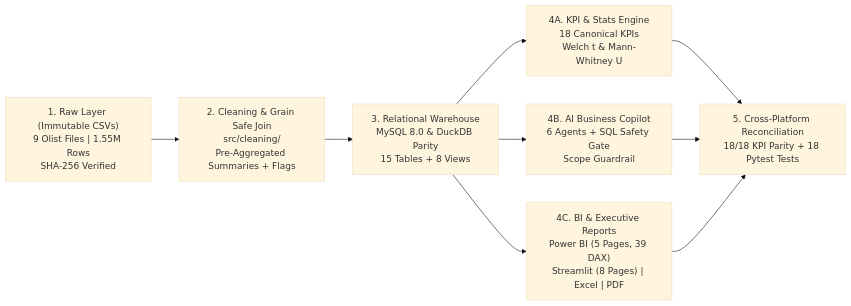
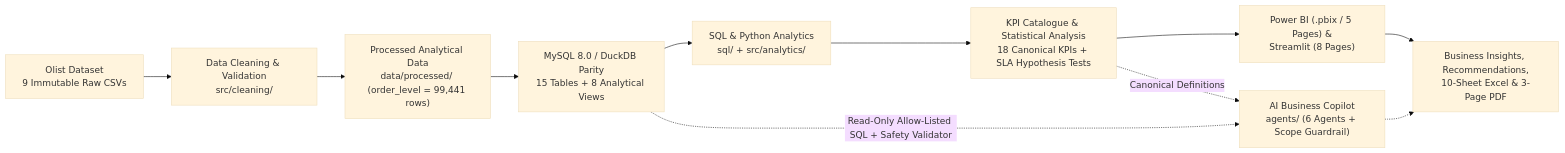
Before and after one commit to ANUSHKA13102003/ecommerce-revenue-retention-intelligence: the diagram in README.md, drawn with Mermaid (base theme). The commit also changed other lines of this file and 124 other files, not shown here.

Commit message:
docs(release): publish CommerceLens AI portfolio with verified PBIX, MySQL 15/15 report, and recruiter README

````diff
--- a/README.md
+++ b/README.md
@@ -74,11 +71,14 @@
 ```mermaid
 flowchart LR
-    RAW["1. Raw Layer (Immutable CSVs)<br/>9 Olist Files | 1.55M Rows<br/>SHA-256 Verified"] --> CLEAN["2. Cleaning & Grain Safe Join<br/>src/cleaning/<br/>Pre-Aggregated Summaries + Flags"]
-    CLEAN --> DB["3. Relational Warehouse<br/>MySQL 8.0 & DuckDB Parity<br/>15 Tables + 8 Views"]
-    DB --> PY["4A. KPI & Stats Engine<br/>18 Canonical KPIs<br/>Welch t & Mann-Whitney U"]
-    DB --> AI["4B. AI Business Copilot<br/>6 Agents + SQL Safety Gate<br/>Scope Guardrail"]
-    DB --> BI["4C. BI & Executive Reports<br/>Power BI (5 Pages, 39 DAX)<br/>Streamlit (8 Pages) | Excel | PDF"]
-    PY --> QA["5. Cross-Platform Reconciliation<br/>18/18 KPI Parity + 18 Pytest Tests"]
-    AI --> QA
-    BI --> QA
+    RAW["Olist Dataset<br/>9 Immutable Raw CSVs"] --> CLEAN["Data Cleaning & Validation<br/>src/cleaning/"]
+    CLEAN --> PROC["Processed Analytical Data<br/>data/processed/ (order_level = 99,441 rows)"]
+    PROC --> DB["MySQL 8.0 / DuckDB Parity<br/>15 Tables + 8 Analytical Views"]
+    DB --> ANALYTICS["SQL & Python Analytics<br/>sql/ + src/analytics/"]
+    ANALYTICS --> STATS["KPI Catalogue & Statistical Analysis<br/>18 Canonical KPIs + SLA Hypothesis Tests"]
+    STATS --> BI["Power BI (.pbix / 5 Pages) &<br/>Streamlit (8 Pages)"]
+    BI --> INSIGHTS["Business Insights, Recommendations,<br/>10-Sheet Excel & 3-Page PDF"]
+
+    DB -.->|"Read-Only Allow-Listed SQL + Safety Validator"| COPILOT["AI Business Copilot<br/>agents/ (6 Agents + Scope Guardrail)"]
+    STATS -.->|"Canonical Definitions"| COPILOT
+    COPILOT -.-> INSIGHTS
 ```
````
